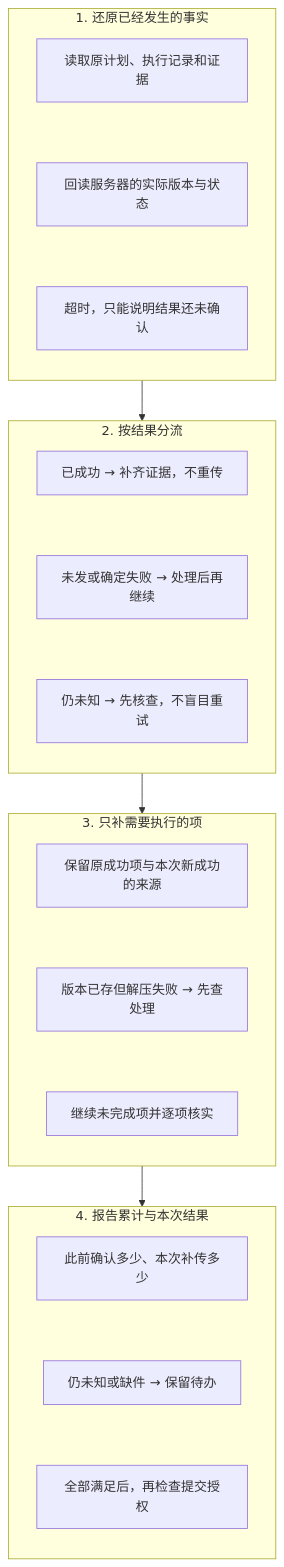
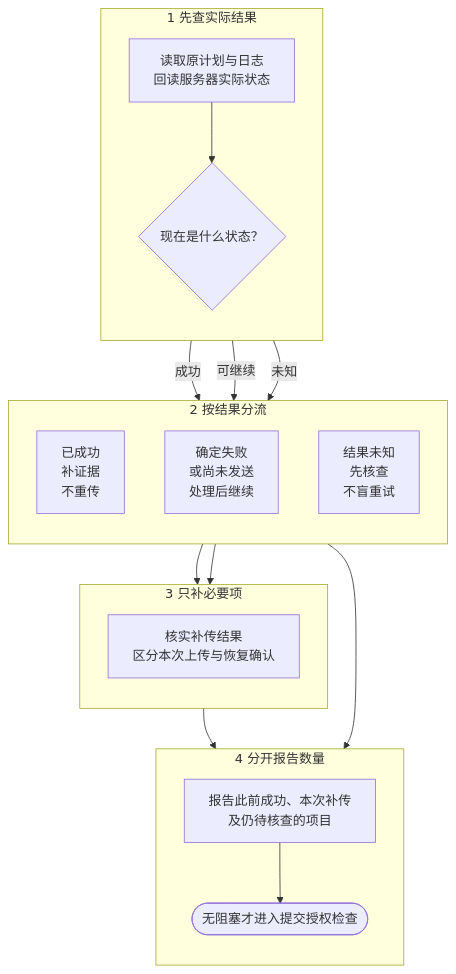
The diagram in docs/upload-guide/sources/06-resume.mmd (Zazia/blueprint-batch-upload), drawn with Mermaid before and after one commit. The commit also changed 51 other files, not shown here.

Commit message:
Refocus article on Guangzhou designers and restore grouped flowcharts

```diff
--- a/docs/upload-guide/sources/06-resume.mmd
+++ b/docs/upload-guide/sources/06-resume.mmd
@@ -1,32 +1,30 @@
 flowchart TD
-  subgraph S0["1. 还原已经发生的事实"]
+  subgraph S0["1 先查实际结果"]
     direction TB
-    N00["读取原计划、执行记录和证据"]
-    N01["回读服务器的实际版本与状态"]
-    N02["超时，只能说明结果还未确认"]
-    N00 ~~~ N01 ~~~ N02
+    a["读取原计划与日志<br/>回读服务器实际状态"]
+    b{"现在是什么状态？"}
   end
-  subgraph S1["2. 按结果分流"]
+  subgraph S1["2 按结果分流"]
     direction TB
-    N10["已成功 → 补齐证据，不重传"]
-    N11["未发或确定失败 → 处理后再继续"]
-    N12["仍未知 → 先核查，不盲目重试"]
-    N10 ~~~ N11 ~~~ N12
+    c["已成功<br/>补证据<br/>不重传"]
+    d["确定失败<br/>或尚未发送<br/>处理后继续"]
+    e["结果未知<br/>先核查<br/>不盲重试"]
   end
-  S0 --> S1
-  subgraph S2["3. 只补需要执行的项"]
+  subgraph S2["3 只补必要项"]
     direction TB
-    N20["保留原成功项与本次新成功的来源"]
-    N21["版本已存但解压失败 → 先查处理"]
-    N22["继续未完成项并逐项核实"]
-    N20 ~~~ N21 ~~~ N22
+    f["核实补传结果<br/>区分本次上传与恢复确认"]
   end
-  S1 --> S2
-  subgraph S3["4. 报告累计与本次结果"]
+  subgraph S3["4 分开报告数量"]
     direction TB
-    N30["此前确认多少、本次补传多少"]
-    N31["仍未知或缺件 → 保留待办"]
-    N32["全部满足后，再检查提交授权"]
-    N30 ~~~ N31 ~~~ N32
+    g["报告此前成功、本次补传<br/>及仍待核查的项目"]
+    h(["无阻塞才进入提交授权检查"])
   end
-  S2 --> S3
+  a --> b
+  b -->|成功| c
+  b -->|可继续| d
+  b -->|未知| e
+  c --> f
+  d --> f
+  f --> g
+  e --> g
+  g --> h
```
